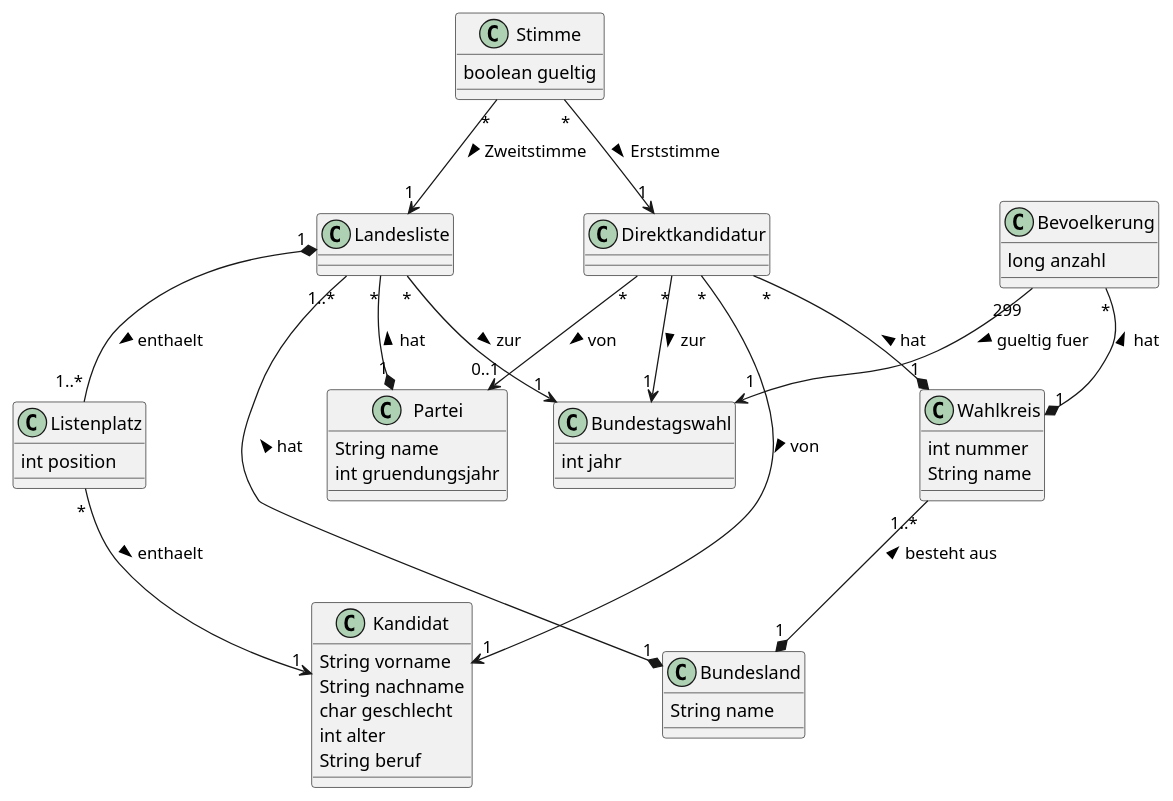
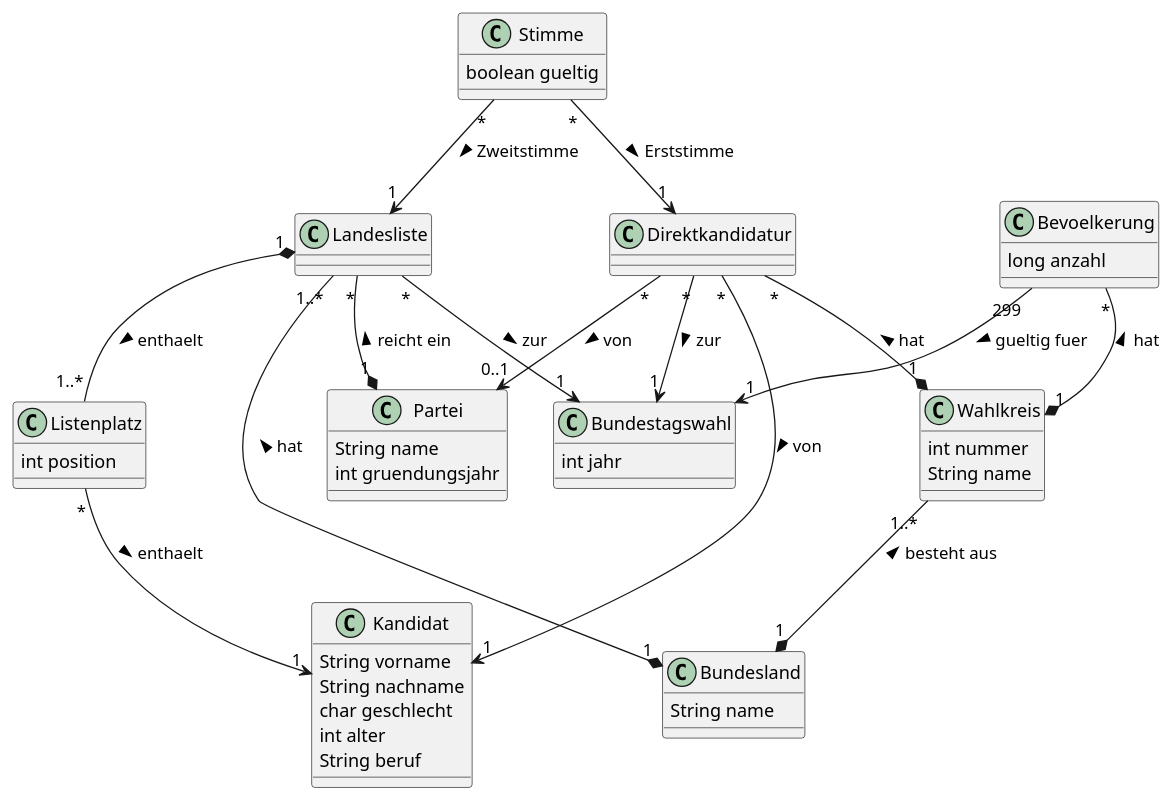
Before and after one commit to Toemmsche/database-systems-project-mirror: the diagram in Blatt1/Aufgabe3.puml, drawn with PlantUML. The commit also changed 1 other file, not shown here.

```diff
--- a/Blatt1/Aufgabe3.puml
+++ b/Blatt1/Aufgabe3.puml
@@ -1,66 +1,66 @@
 @startuml
 class Kandidat {
     String vorname
     String nachname
     char geschlecht
     int alter
     String beruf
 }
 
 class Bundesland {
     String name
 }
 
 class Partei {
     String name
     int gruendungsjahr
 }
 
 class Bundestagswahl{
    int jahr
 }
 
 class Bevoelkerung {
     long anzahl
 }
 
 class Landesliste {
 }
 
 
 class Listenplatz {
     int position
 }
 
 class Wahlkreis {
     int nummer
     String name
 }
 
 class Stimme {
     boolean gueltig
 }
 
 class Direktkandidatur {
 }
 
 Landesliste "1..*" --* "1" Bundesland : < hat
-Landesliste "*" --* "1" Partei : < hat
+Landesliste "*" --* "1" Partei : < reicht ein
 Landesliste "*" --> "1" Bundestagswahl: zur >
 
 Landesliste "1" *-- "1..*" Listenplatz : enthaelt >
 Listenplatz "*" --> "1" Kandidat : enthaelt >
 
 Wahlkreis "1..*" --* "1" Bundesland : besteht aus <
 
 Bevoelkerung "*" --* "1" Wahlkreis : < hat
 Bevoelkerung "299" --> "1" Bundestagswahl: gueltig fuer >
 
 Direktkandidatur "*" --> "1" Kandidat : von >
 Direktkandidatur "*" --* "1" Wahlkreis : < hat
 Direktkandidatur "*" --> "0..1" Partei : von >
 Direktkandidatur "*" --> "1" Bundestagswahl: zur >
 
 Stimme "*" --> "1" Direktkandidatur : Erststimme >
 Stimme "*" --> "1" Landesliste : Zweitstimme >
 @enduml
```
